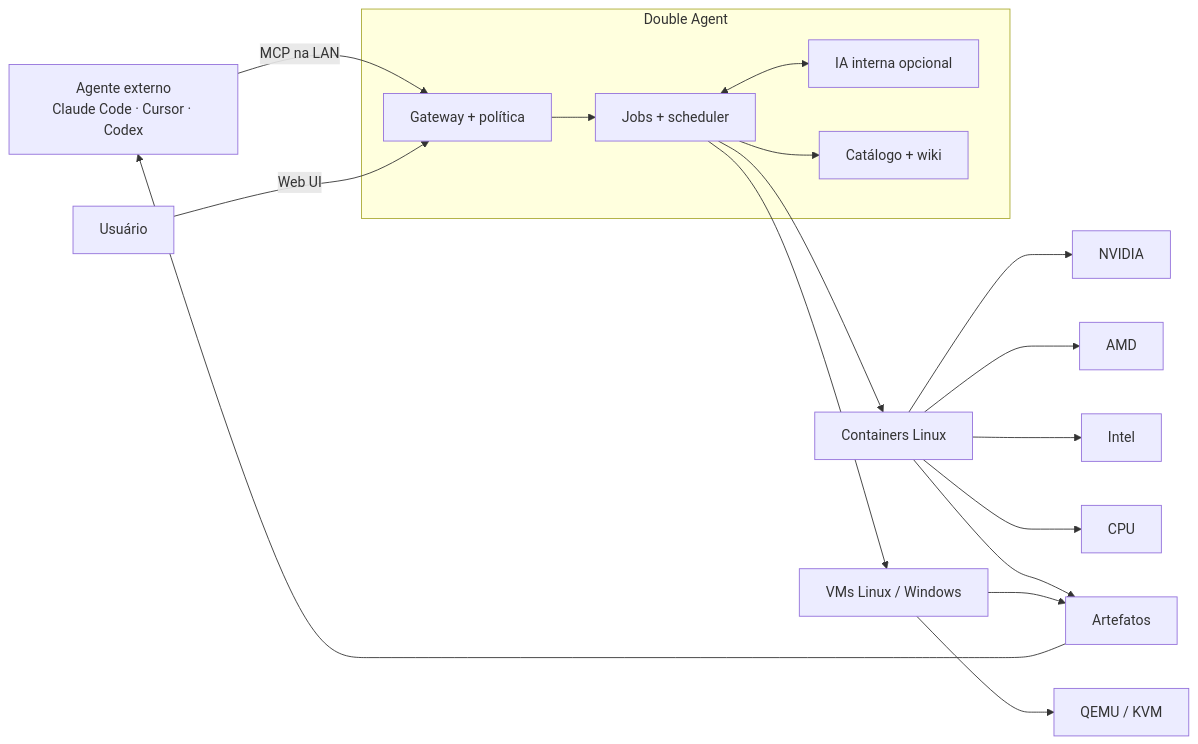
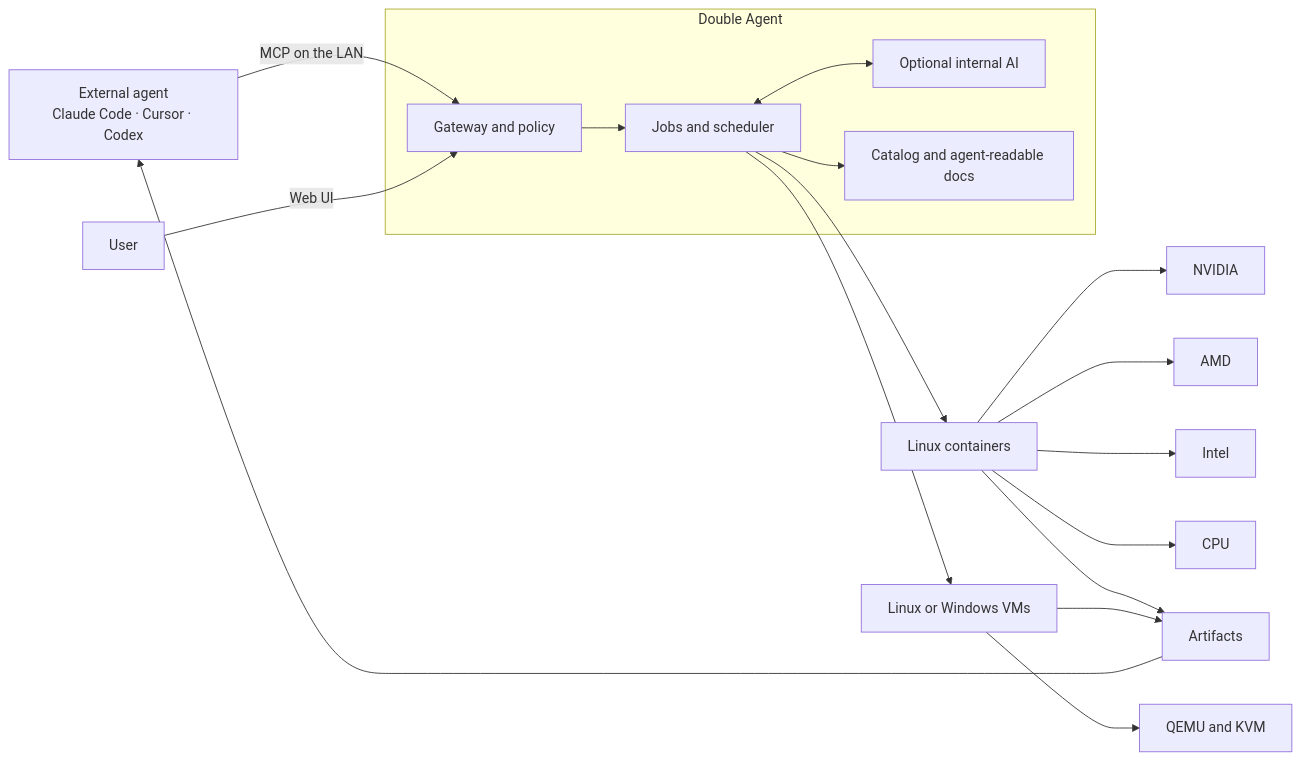
One commit to zarigata/double-agent changed the first of 6 diagrams in README.md. Above: the diagram before and after it, drawn with Mermaid. The commit also changed other lines of this file and 29 other files, not shown here.

````diff
--- a/README.md
+++ b/README.md
@@ -77,27 +75,24 @@
 ```mermaid
 flowchart LR
-    A[Agente externo<br/>Claude Code · Cursor · Codex] -->|MCP na LAN| G
-    H[Usuário] -->|Web UI| G
-
+    A[External agent<br/>Claude Code · Cursor · Codex] -->|MCP on the LAN| G
+    H[User] -->|Web UI| G
     subgraph DA[Double Agent]
-        G[Gateway + política]
-        J[Jobs + scheduler]
-        AI[IA interna opcional]
-        C[Catálogo + wiki]
+        G[Gateway and policy]
+        J[Jobs and scheduler]
+        AI[Optional internal AI]
+        C[Catalog and agent-readable docs]
         G --> J
         J <--> AI
         J --> C
     end
-
-    J --> L[Containers Linux]
-    J --> V[VMs Linux / Windows]
+    J --> L[Linux containers]
+    J --> V[Linux or Windows VMs]
     L --> N[NVIDIA]
     L --> M[AMD]
     L --> I[Intel]
     L --> P[CPU]
-    V --> Q[QEMU / KVM]
-
-    L --> R[Artefatos]
+    V --> Q[QEMU and KVM]
+    L --> R[Artifacts]
     V --> R
     R --> A
 ```
````
